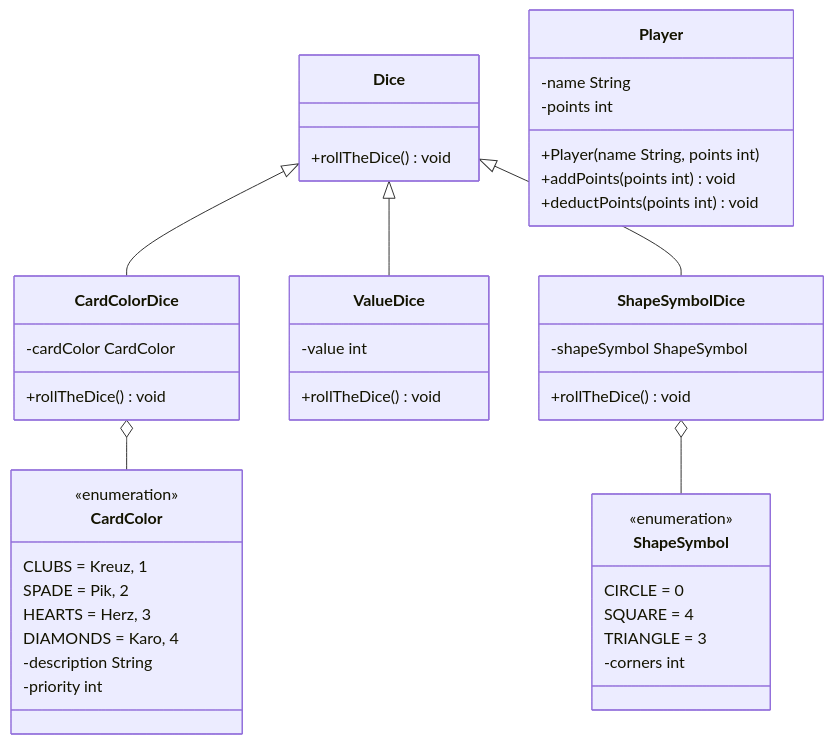
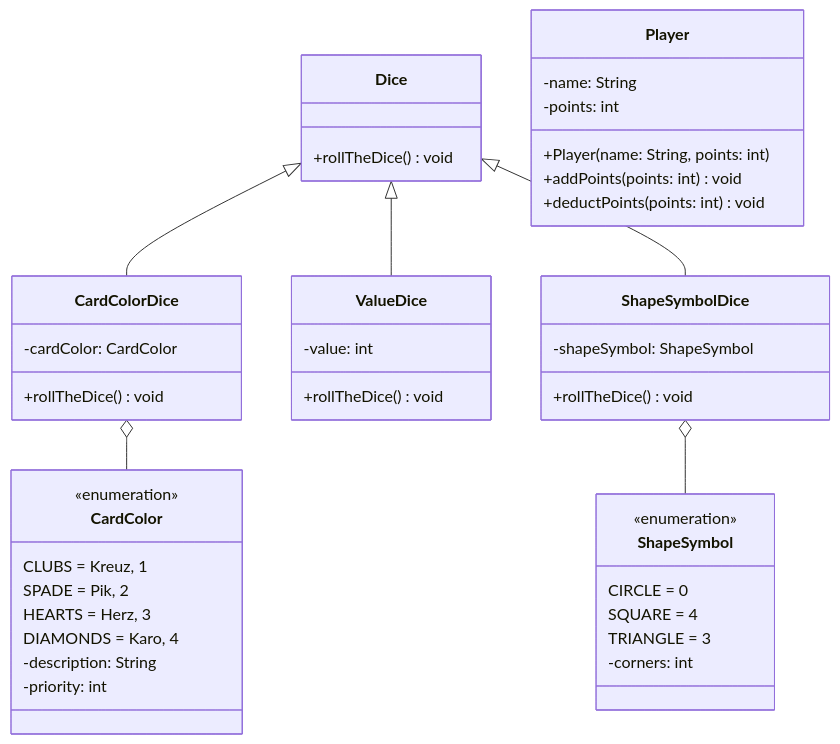
One commit to jappuccini/java-docs changed the diagram in docs/exam-exercises/exam-exercises-java1/dice-games.md. Above: the diagram before and after it, drawn with Mermaid. The commit also changed other lines of this file and 76 other files, not shown here.

Commit message:
uml fixes (colons, properties), headline fixes (italic) and exam result updates

````diff
--- a/docs/exam-exercises/exam-exercises-java1/dice-games.md
+++ b/docs/exam-exercises/exam-exercises-java1/dice-games.md
@@ -12,53 +12,53 @@
 ```mermaid
 classDiagram
     Dice <|-- CardColorDice
     Dice <|-- ValueDice
     Dice <|-- ShapeSymbolDice
     CardColorDice o-- CardColor
     ShapeSymbolDice o-- ShapeSymbol
 
     class Player {
-        -name String
-        -points int
-        +Player(name String, points int)
-        +addPoints(points int) void
-        +deductPoints(points int) void
+        -name: String
+        -points: int
+        +Player(name: String, points: int)
+        +addPoints(points: int) void
+        +deductPoints(points: int) void
     }
 
     class Dice {
         +rollTheDice() void
     }
 
     class CardColorDice {
-        -cardColor CardColor
+        -cardColor: CardColor
         +rollTheDice() void
     }
 
     class ValueDice {
-        -value int
+        -value: int
         +rollTheDice() void
     }
 
     class ShapeSymbolDice {
-        -shapeSymbol ShapeSymbol
+        -shapeSymbol: ShapeSymbol
         +rollTheDice() void
     }
 
     class CardColor {
         <<enumeration>>
         CLUBS = Kreuz, 1
         SPADE = Pik, 2
         HEARTS = Herz, 3
         DIAMONDS = Karo, 4
-        -description String
-        -priority int
+        -description: String
+        -priority: int
     }
 
     class ShapeSymbol {
         <<enumeration>>
         CIRCLE = 0
         SQUARE = 4
         TRIANGLE = 3
-        -corners int
+        -corners: int
     }
 ```
````
